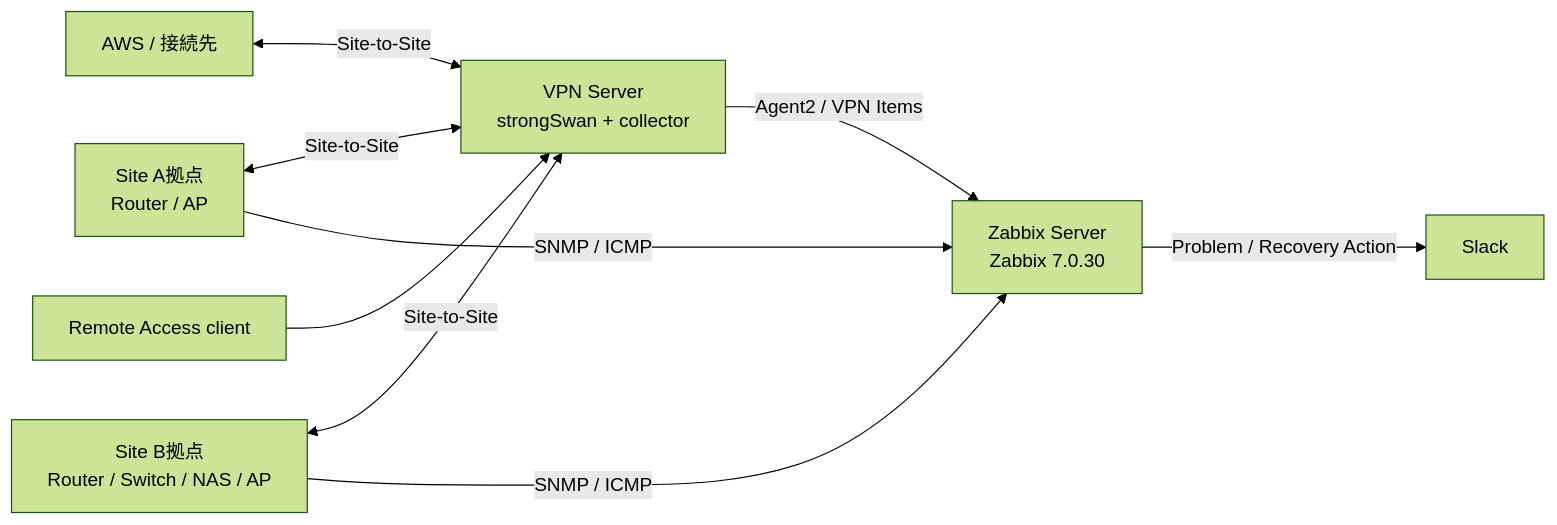
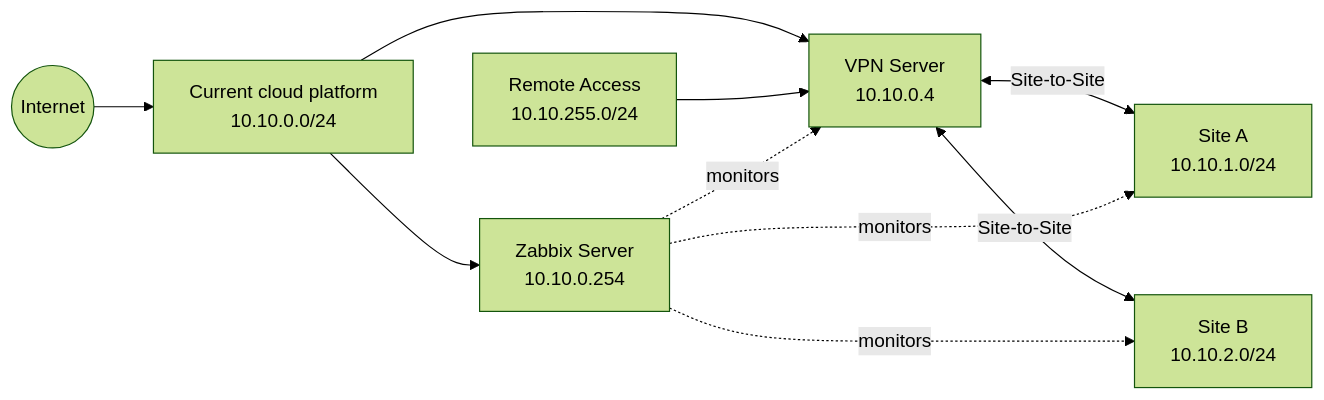
The diagram in docs/architecture.md (YuMori1031/homelab-infrastructure), drawn with Mermaid (forest theme) before and after one commit. The commit also changed other lines of this file and 9 other files, not shown here.

````diff
--- a/docs/architecture.md
+++ b/docs/architecture.md
@@ -13,18 +5,12 @@
 ```mermaid
 flowchart LR
-  AWS[AWS / 接続先]
-  SH[Site A拠点\nRouter / AP]
-  HI[Site B拠点\nRouter / Switch / NAS / AP]
-  VPN[VPN Server\nstrongSwan + collector]
-  Z[Zabbix Server\nZabbix 7.0.30]
-  SL[Slack]
-
-  AWS <-- Site-to-Site --> VPN
-  SH <-- Site-to-Site --> VPN
-  HI <-- Site-to-Site --> VPN
-  Client[Remote Access client] --> VPN
-  VPN -->|Agent2 / VPN Items| Z
-  SH -->|SNMP / ICMP| Z
-  HI -->|SNMP / ICMP| Z
-  Z -->|Problem / Recovery Action| SL
+  Internet((Internet)) --> Cloud[Current cloud platform<br/>10.10.0.0/24]
+  Cloud --> VPN[VPN Server<br/>10.10.0.4]
+  Cloud --> Z[Zabbix Server<br/>10.10.0.254]
+  VPN <-->|Site-to-Site| A[Site A<br/>10.10.1.0/24]
+  VPN <-->|Site-to-Site| B[Site B<br/>10.10.2.0/24]
+  Client[Remote Access<br/>10.10.255.0/24] --> VPN
+  Z -. monitors .-> VPN
+  Z -. monitors .-> A
+  Z -. monitors .-> B
 ```
````
